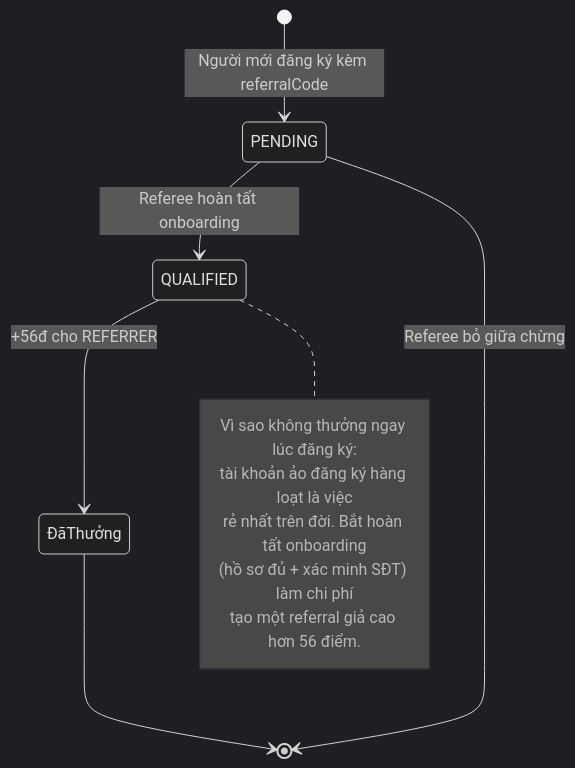
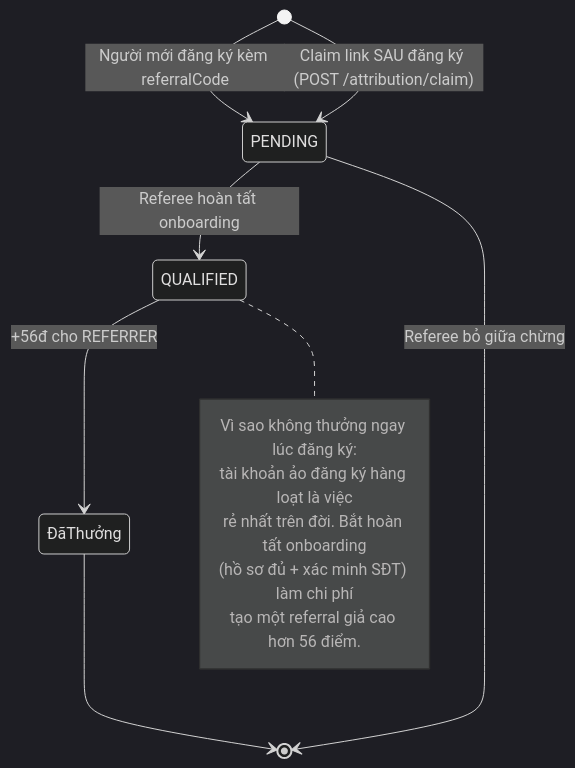
Before and after one commit to fdshn/trueheart: the second of 6 diagrams in docs/diagram/23-referral.md, drawn with Mermaid (dark theme). The commit also changed other lines of this file and 49 other files, not shown here.

````diff
--- a/docs/diagram/23-referral.md
+++ b/docs/diagram/23-referral.md
@@ -27,18 +27,19 @@
 ```mermaid
 stateDiagram-v2
     [*] --> PENDING: Người mới đăng ký kèm referralCode
+    [*] --> PENDING: Claim link SAU đăng ký (POST /attribution/claim)
     PENDING --> QUALIFIED: Referee hoàn tất onboarding
     PENDING --> [*]: Referee bỏ giữa chừng
 
     QUALIFIED --> ĐãThưởng: +56đ cho REFERRER
 
     note right of QUALIFIED
         Vì sao không thưởng ngay lúc đăng ký:
         tài khoản ảo đăng ký hàng loạt là việc
         rẻ nhất trên đời. Bắt hoàn tất onboarding
         (hồ sơ đủ + xác minh SĐT) làm chi phí
         tạo một referral giả cao hơn 56 điểm.
     end note
 
     ĐãThưởng --> [*]
 ```
````
